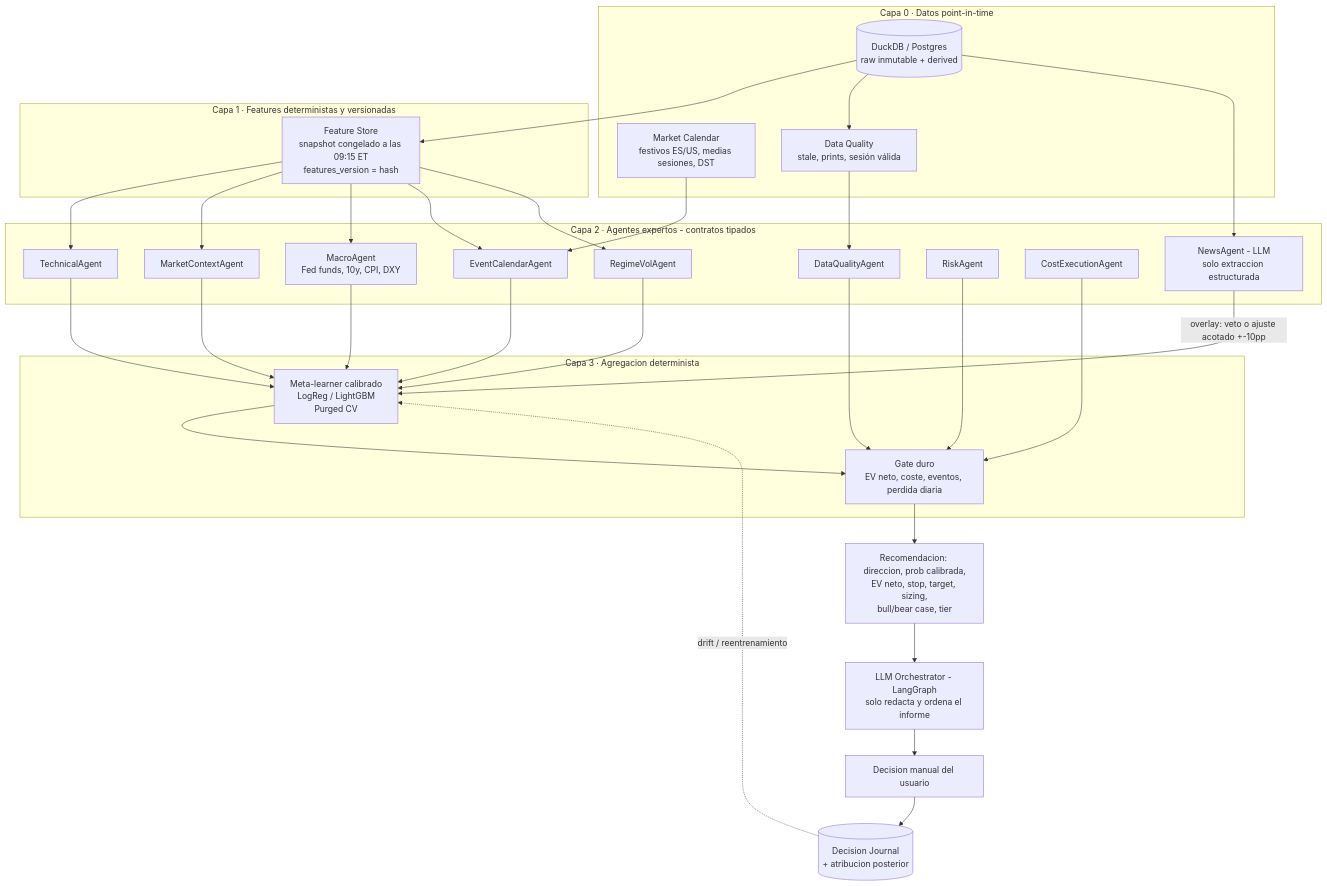
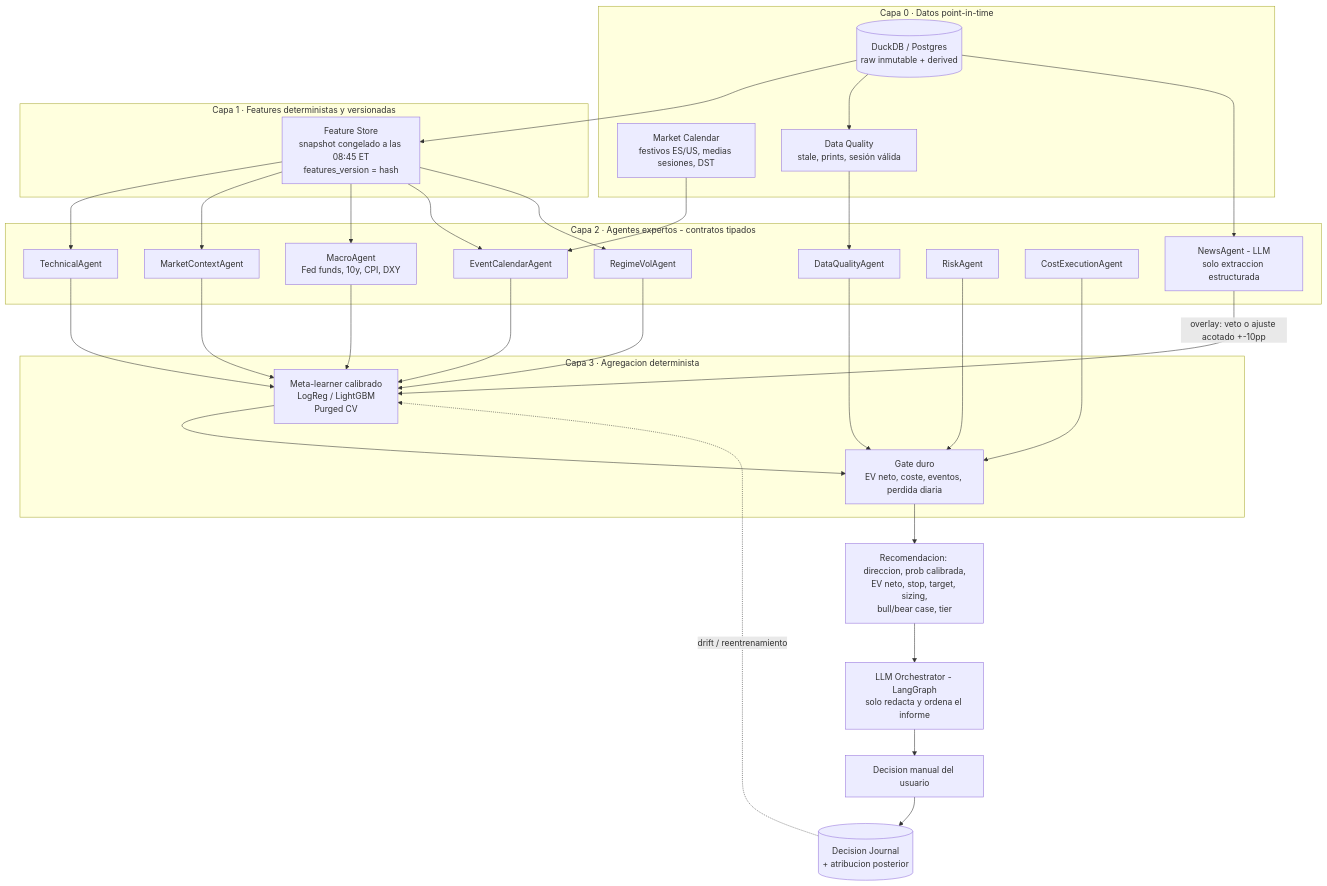
The diagram in _docs/plan.md (ikersanchez/cfdtrader), drawn with Mermaid before and after one commit. The commit also changed other lines of this file and 2 other files, not shown here.

````diff
--- a/_docs/plan.md
+++ b/_docs/plan.md
@@ -339,47 +344,47 @@
 ```mermaid
 flowchart TB
     subgraph L0["Capa 0 · Datos point-in-time"]
         DS[(DuckDB / Postgres<br/>raw inmutable + derived)]
         CAL[Market Calendar<br/>festivos ES/US, medias sesiones, DST]
         DQ[Data Quality<br/>stale, prints, sesión válida]
     end
 
     subgraph L1["Capa 1 · Features deterministas y versionadas"]
-        FS[Feature Store<br/>snapshot congelado a las 09:15 ET<br/>features_version = hash]
+        FS[Feature Store<br/>snapshot congelado a las 08:45 ET<br/>features_version = hash]
     end
 
     subgraph L2["Capa 2 · Agentes expertos - contratos tipados"]
         T[TechnicalAgent]
         M[MarketContextAgent]
         MA[MacroAgent<br/>Fed funds, 10y, CPI, DXY]
         EV[EventCalendarAgent]
         RV[RegimeVolAgent]
         N[NewsAgent - LLM<br/>solo extraccion estructurada]
         RK[RiskAgent]
         CE[CostExecutionAgent]
         DQ2[DataQualityAgent]
     end
 
     subgraph L3["Capa 3 · Agregacion determinista"]
         META[Meta-learner calibrado<br/>LogReg / LightGBM<br/>Purged CV]
         GATE[Gate duro<br/>EV neto, coste, eventos, perdida diaria]
     end
 
     DS --> FS
     CAL --> EV
     DQ --> DQ2
     DS --> DQ
     FS --> T & M & MA & EV & RV
     DS --> N
     T & M & MA & EV & RV --> META
     N -->|overlay: veto o ajuste acotado +-10pp| META
     RK --> GATE
     CE --> GATE
     DQ2 --> GATE
     META --> GATE
     GATE --> OUT["Recomendacion: direccion, prob calibrada,<br/>EV neto, stop, target, sizing,<br/>bull/bear case, tier"]
     OUT --> LLM[LLM Orchestrator - LangGraph<br/>solo redacta y ordena el informe]
     LLM --> HITL[Decision manual del usuario]
     HITL --> J[(Decision Journal<br/>+ atribucion posterior)]
     J -.->|drift / reentrenamiento| META
 ```
````
